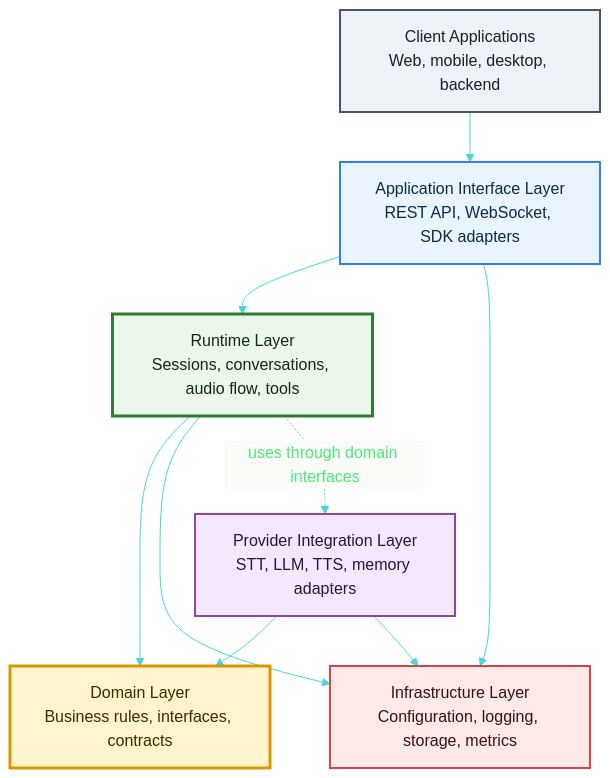
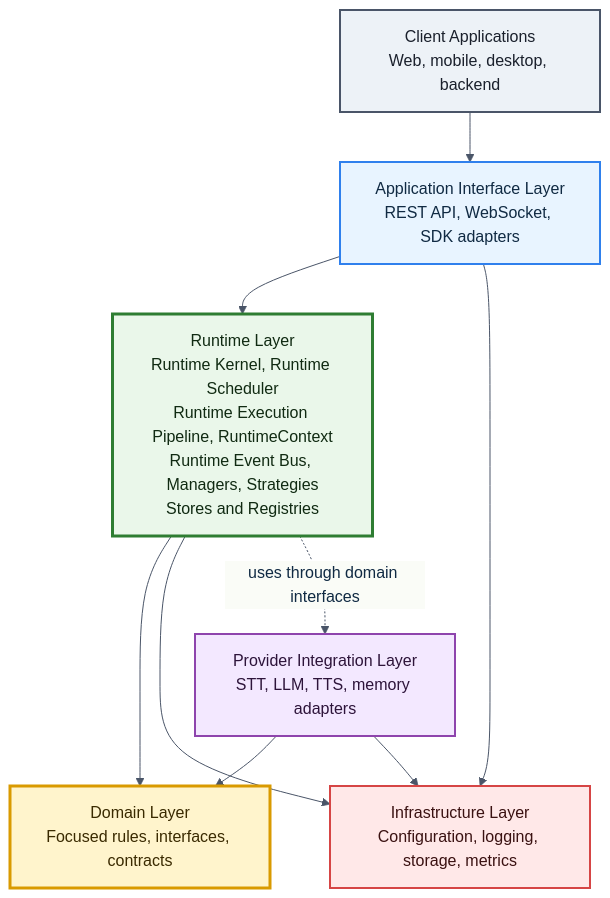
One commit to namanSR-dev/voxcore changed the first of 3 diagrams in docs/02-system-architecture/04-layered-architecture.md. Above: the diagram before and after it, drawn with Mermaid. The commit also changed other lines of this file and 10 other files, not shown here.

Commit message:
docs(architecture): define VoxCore system architecture

````diff
--- a/docs/02-system-architecture/04-layered-architecture.md
+++ b/docs/02-system-architecture/04-layered-architecture.md
@@ -116,27 +116,27 @@
 ```mermaid
-%%{init: {"theme": "base", "themeVariables": {"primaryColor": "#F7FAFC", "primaryTextColor": "#4de678", "primaryBorderColor": "#4A5568", "lineColor": "#49d6d4", "fontFamily": "Inter, Segoe UI, Arial"}}}%%
+%%{init: {"theme": "base", "themeVariables": {"primaryColor": "#F7FAFC", "primaryTextColor": "#102A43", "primaryBorderColor": "#4A5568", "lineColor": "#4A5568", "fontFamily": "Inter, Segoe UI, Arial"}}}%%
 flowchart TD
     clients["Client Applications<br/>Web, mobile, desktop, backend"]:::external
     app["Application Interface Layer<br/>REST API, WebSocket, SDK adapters"]:::interface
-    runtime["Runtime Layer<br/>Sessions, conversations, audio flow, tools"]:::runtime
-    domain["Domain Layer<br/>Business rules, interfaces, contracts"]:::domain
+    runtime["Runtime Layer<br/>Runtime Kernel, Runtime Scheduler<br/>Runtime Execution Pipeline, RuntimeContext<br/>Runtime Event Bus, Managers, Strategies<br/>Stores and Registries"]:::runtime
+    domain["Domain Layer<br/>Focused rules, interfaces, contracts"]:::domain
     providers["Provider Integration Layer<br/>STT, LLM, TTS, memory adapters"]:::provider
     infrastructure["Infrastructure Layer<br/>Configuration, logging, storage, metrics"]:::infrastructure
 
     clients --> app
     app --> runtime
     runtime --> domain
     providers --> domain
     app --> infrastructure
     runtime --> infrastructure
     providers --> infrastructure
 
     runtime -.uses through domain interfaces.-> providers
 
     classDef external fill:#EDF2F7,stroke:#4A5568,color:#1A202C,stroke-width:2px;
     classDef interface fill:#E8F4FF,stroke:#2F80ED,color:#102A43,stroke-width:2px;
     classDef runtime fill:#EAF7EA,stroke:#2E7D32,color:#102A12,stroke-width:3px;
     classDef domain fill:#FFF4CC,stroke:#D99A00,color:#3A2A00,stroke-width:3px;
     classDef provider fill:#F3E8FF,stroke:#8E44AD,color:#2D143A,stroke-width:2px;
     classDef infrastructure fill:#FFE8E8,stroke:#D64545,color:#3A1111,stroke-width:2px;
 ```
````
